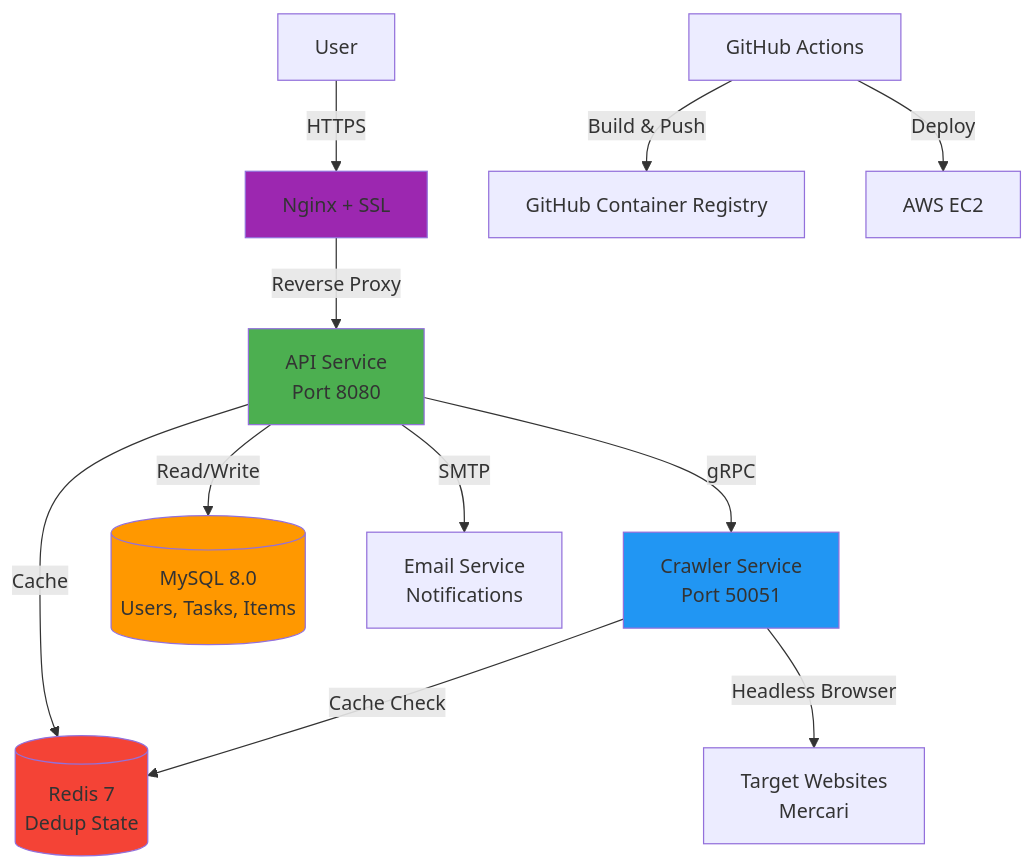
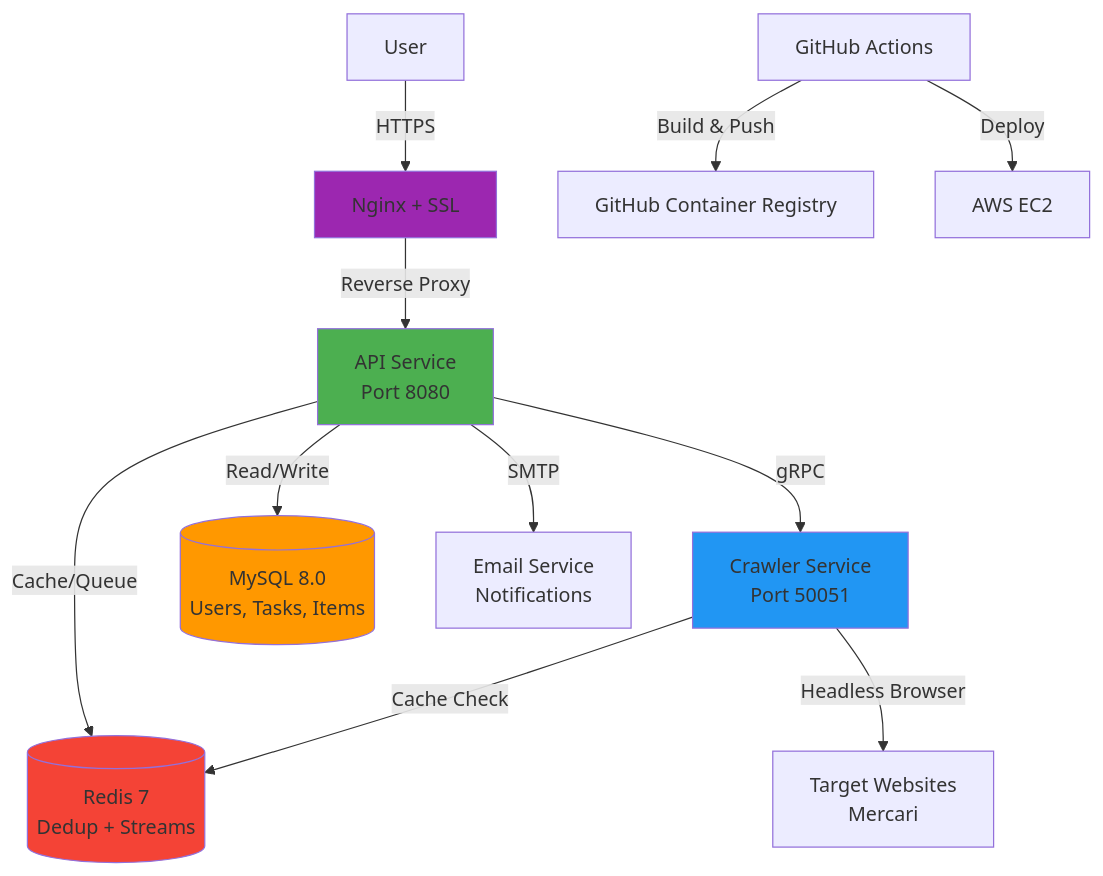
The first of 2 diagrams in README.en.md (KahanaT800/GoodsHunter), drawn with Mermaid before and after one commit. The commit also changed other lines of this file and 13 other files, not shown here.

````diff
--- a/README.en.md
+++ b/README.en.md
@@ -37,23 +37,23 @@
 ```mermaid
 graph TB
     User[User] -->|HTTPS| Nginx[Nginx + SSL]
     Nginx -->|Reverse Proxy| API[API Service<br/>Port 8080]
     
     API -->|gRPC| Crawler[Crawler Service<br/>Port 50051]
     API -->|Read/Write| MySQL[(MySQL 8.0<br/>Users, Tasks, Items)]
-    API -->|Cache| Redis[(Redis 7<br/>Dedup State)]
+    API -->|Cache/Queue| Redis[(Redis 7<br/>Dedup + Streams)]
     
     Crawler -->|Cache Check| Redis
     Crawler -->|Headless Browser| Target[Target Websites<br/>Mercari]
     
     API -->|SMTP| Email[Email Service<br/>Notifications]
     
     CI[GitHub Actions] -->|Build & Push| GHCR[GitHub Container Registry]
     CI -->|Deploy| EC2[AWS EC2]
     
     style API fill:#4CAF50
     style Crawler fill:#2196F3
     style MySQL fill:#FF9800
     style Redis fill:#F44336
     style Nginx fill:#9C27B0
 ```
````
